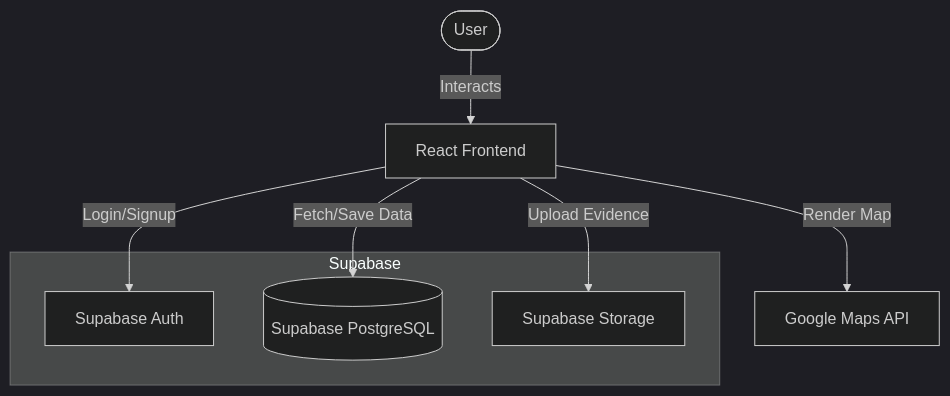
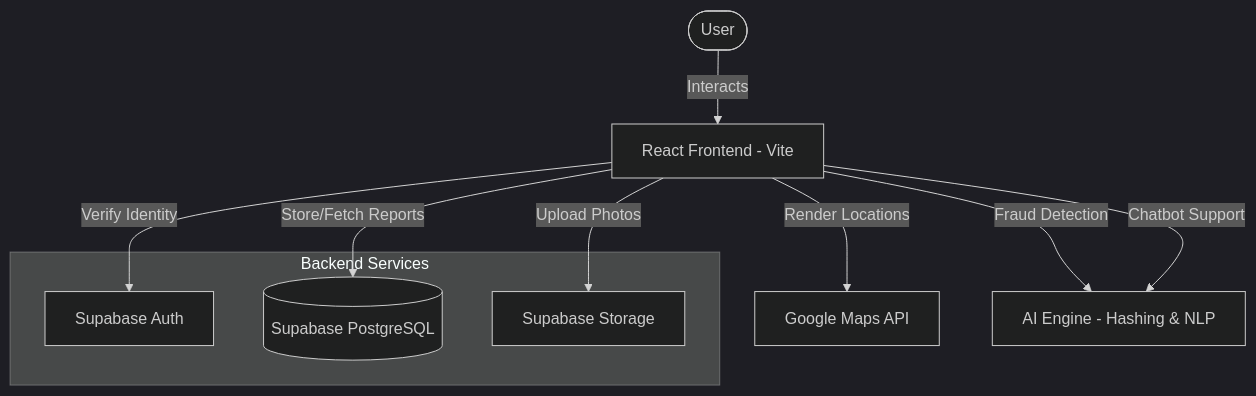
The diagram in README.md (saswatdutta1310/Nagrik-Samadhan---Civic-Issue-Portal-), drawn with Mermaid (dark theme) before and after one commit. The commit also changed other lines of this file, not shown here.

````diff
--- a/README.md
+++ b/README.md
@@ -60,21 +27,24 @@
 ```mermaid
 graph TD
     User([User])
-    UI[React Frontend]
+    UI[React Frontend - Vite]
     Auth[Supabase Auth]
     DB[(Supabase PostgreSQL)]
     Maps[Google Maps API]
     Bucket[Supabase Storage]
+    AI[AI Engine - Hashing & NLP]
 
     User -->|Interacts| UI
-    UI -->|Login/Signup| Auth
-    UI -->|Render Map| Maps
-    UI -->|Fetch/Save Data| DB
-    UI -->|Upload Evidence| Bucket
+    UI -->|Verify Identity| Auth
+    UI -->|Render Locations| Maps
+    UI -->|Store/Fetch Reports| DB
+    UI -->|Upload Photos| Bucket
+    UI -->|Fraud Detection| AI
+    UI -->|Chatbot Support| AI
     
-    subgraph Supabase
+    subgraph Backend Services
     Auth
     DB
     Bucket
     end
 ```
````
